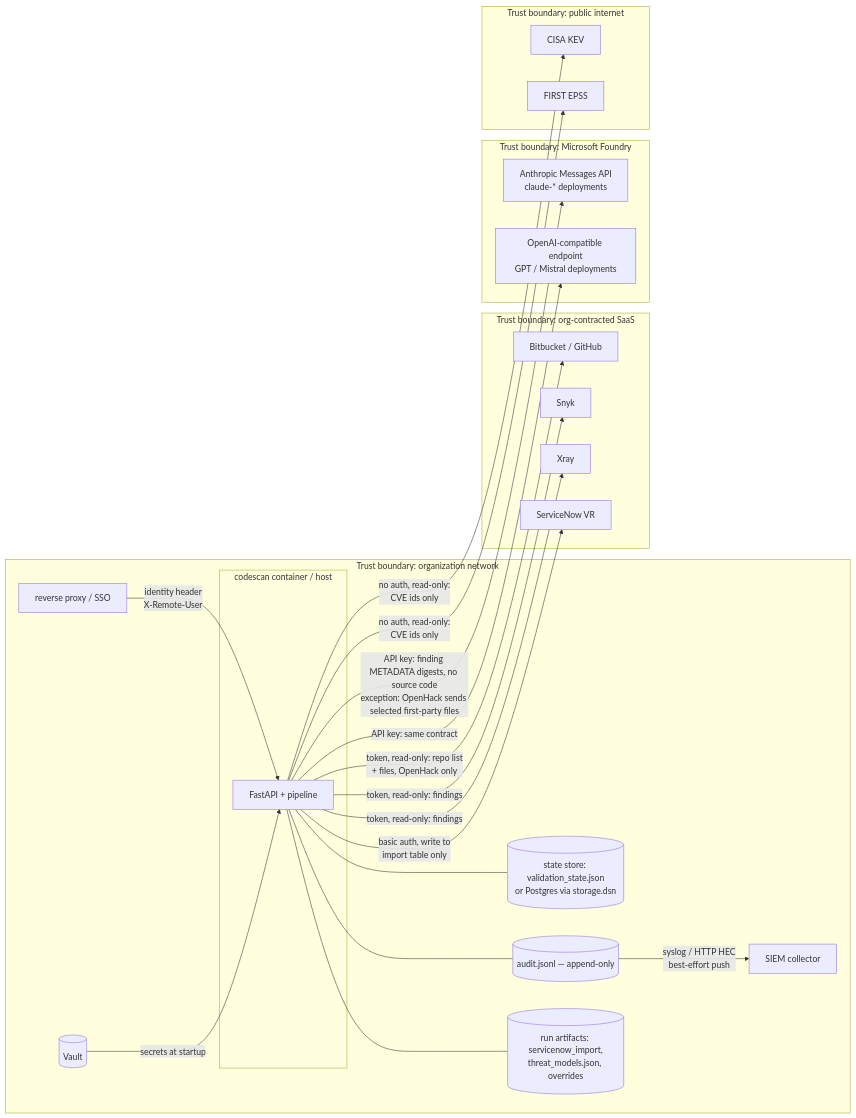
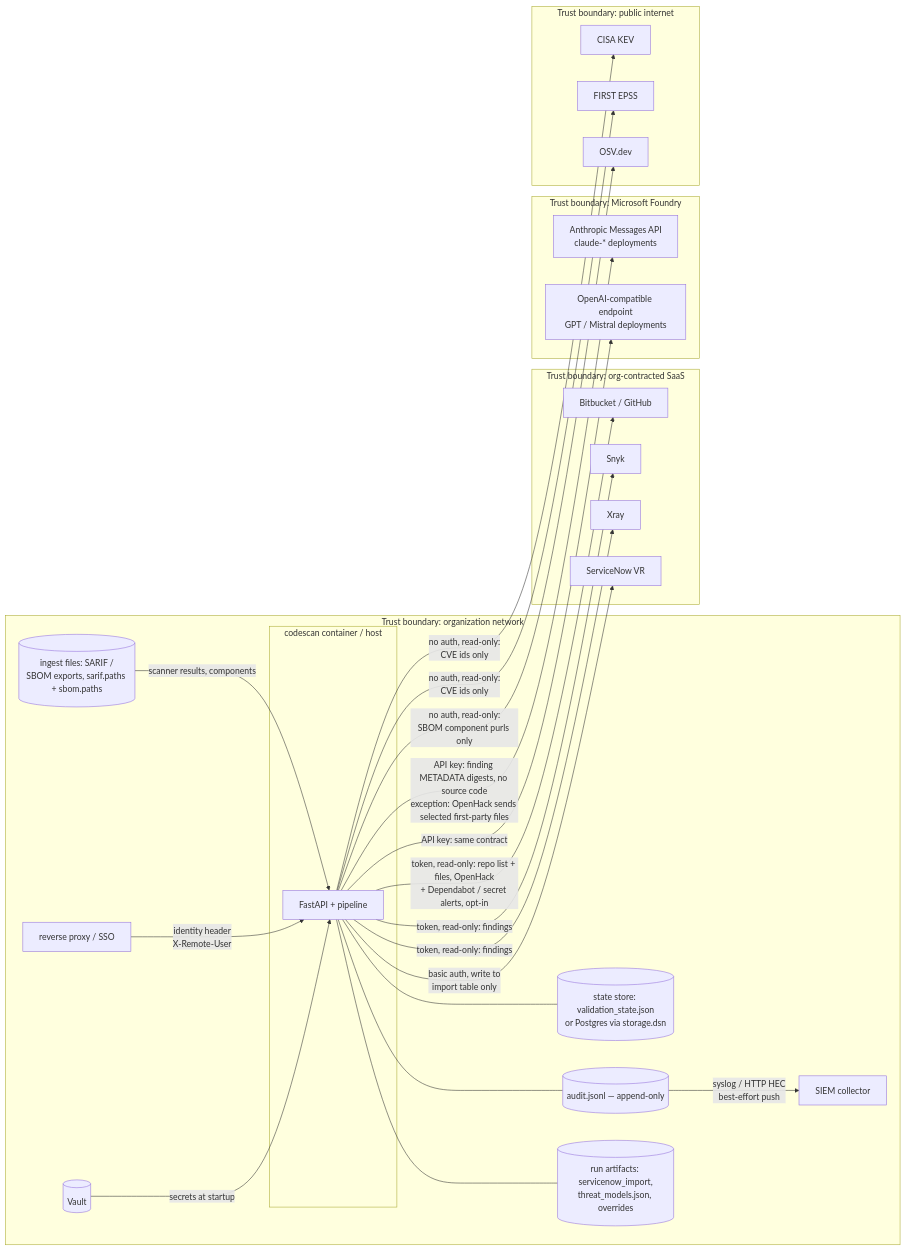
One commit to mfmiguez-oss/codescan changed the third of 3 diagrams in docs/DATAFLOW.md. Above: the diagram before and after it, drawn with Mermaid. The commit also changed other lines of this file and 31 other files, not shown here.

````diff
--- a/docs/DATAFLOW.md
+++ b/docs/DATAFLOW.md
@@ -85,46 +87,50 @@
 ```mermaid
 flowchart LR
   subgraph org ["Trust boundary: organization network"]
     subgraph host ["codescan container / host"]
       APP["FastAPI + pipeline"]
     end
     FS[("state store: validation_state.json<br/>or Postgres via storage.dsn")]
     AUD[("audit.jsonl — append-only")]
     ART[("run artifacts: servicenow_import,<br/>threat_models.json, overrides")]
+    ING[("ingest files: SARIF /<br/>SBOM exports, sarif.paths + sbom.paths")]
     PRX["reverse proxy / SSO"]
     V[("Vault")]
     SIEMBOX["SIEM collector"]
     APP --- FS
     APP --- AUD
     APP --- ART
+    ING -->|"scanner results, components"| APP
     PRX -->|"identity header<br/>X-Remote-User"| APP
     V -->|"secrets at startup"| APP
     AUD -->|"syslog / HTTP HEC<br/>best-effort push"| SIEMBOX
   end
 
   subgraph vendors ["Trust boundary: org-contracted SaaS"]
     BB["Bitbucket / GitHub"]
     SK["Snyk"]
     XR["Xray"]
     SNOW["ServiceNow VR"]
   end
 
   subgraph aiproviders ["Trust boundary: Microsoft Foundry"]
     ANT["Anthropic Messages API<br/>claude-* deployments"]
     OAI["OpenAI-compatible endpoint<br/>GPT / Mistral deployments"]
   end
 
   subgraph public ["Trust boundary: public internet"]
     KEVSRC["CISA KEV"]
     EPSSSRC["FIRST EPSS"]
+    OSVSRC["OSV.dev"]
   end
 
-  APP -->|"token, read-only: repo list<br/>+ files, OpenHack only"| BB
+  APP -->|"token, read-only: repo list + files, OpenHack<br/>+ Dependabot / secret alerts, opt-in"| BB
   APP -->|"token, read-only: findings"| SK
   APP -->|"token, read-only: findings"| XR
   APP -->|"no auth, read-only:<br/>CVE ids only"| KEVSRC
   APP -->|"no auth, read-only:<br/>CVE ids only"| EPSSSRC
+  APP -->|"no auth, read-only:<br/>SBOM component purls only"| OSVSRC
   APP -->|"API key: finding METADATA digests, no source code<br/>exception: OpenHack sends selected first-party files"| ANT
   APP -->|"API key: same contract"| OAI
   APP -->|"basic auth, write to<br/>import table only"| SNOW
 ```
````
